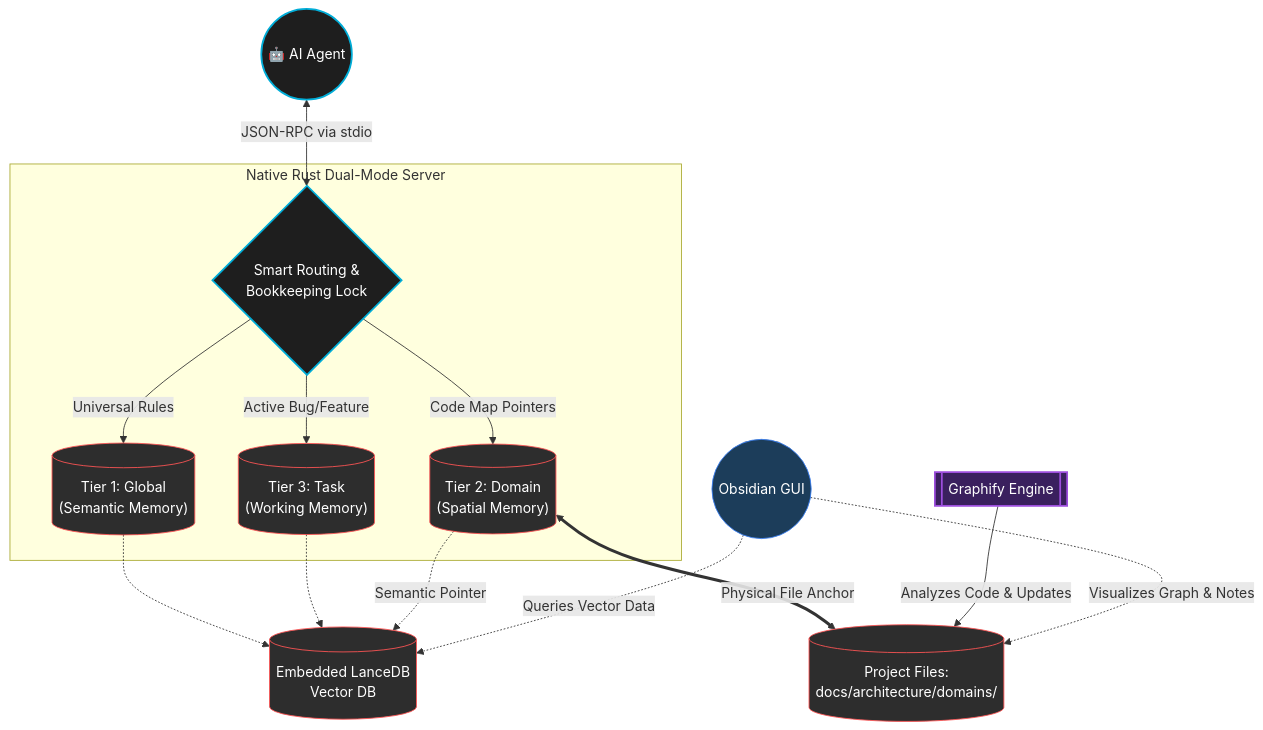
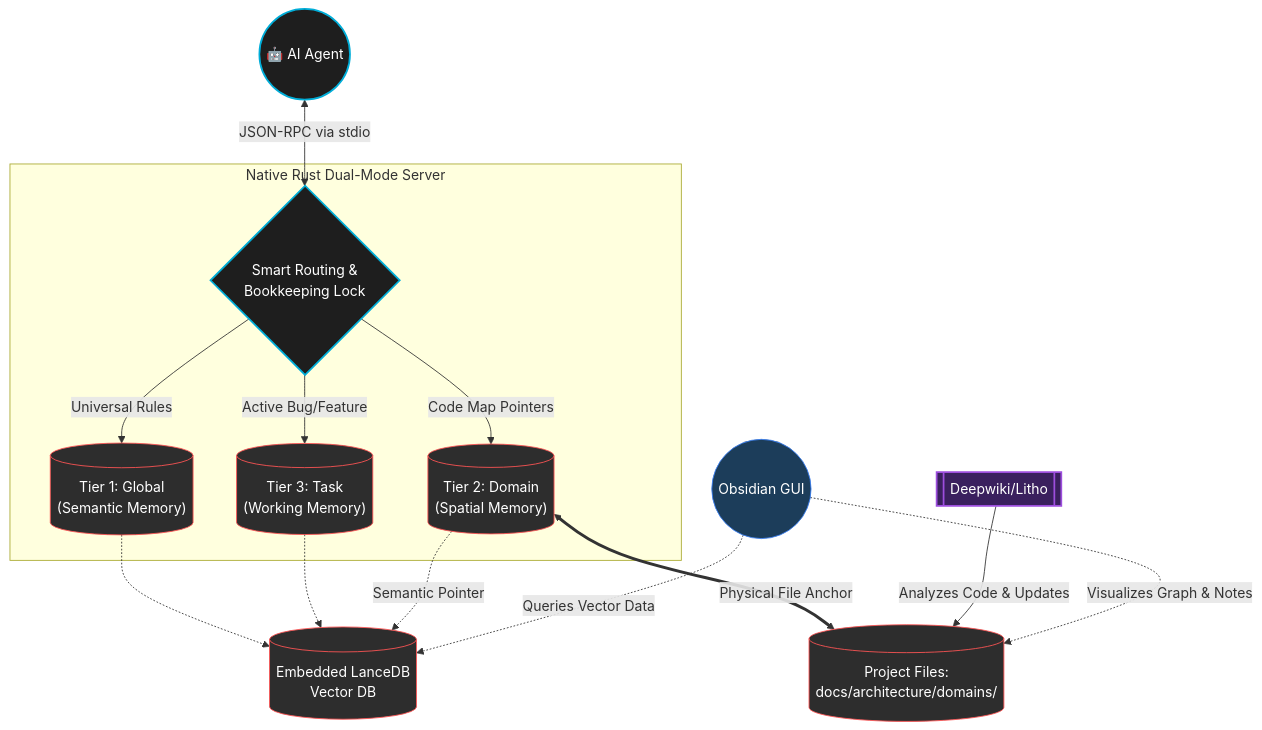
The diagram in README.md (Cognilogical/NeuroStrata), drawn with Mermaid before and after one commit. The commit also changed other lines of this file and 1 other file, not shown here.

````diff
--- a/README.md
+++ b/README.md
@@ -69,42 +73,42 @@
 ```mermaid
 graph TD
     Agent((🤖 AI Agent))
     
     subgraph NeuroStrataServer [Native Rust Dual-Mode Server]
         Router{Smart Routing &<br/>Bookkeeping Lock}
         
         Tier1[("Tier 1: Global<br/>(Semantic Memory)")]
         Tier2[("Tier 2: Domain<br/>(Spatial Memory)")]
         Tier3[("Tier 3: Task<br/>(Working Memory)")]
     end
     
     LanceDB[(Embedded LanceDB<br/>Vector DB)]
     PointerWiki[(Project Files:<br/>docs/architecture/domains/)]
     Obsidian((Obsidian GUI))
-    Graphify[[Graphify Engine]]
+    Deepwiki[[Deepwiki/Litho]]
     
     Agent <-->|JSON-RPC via stdio| Router
     Router -->|Universal Rules| Tier1
     Router -->|Code Map Pointers| Tier2
     Router -->|Active Bug/Feature| Tier3
     
     Tier1 -.-> LanceDB
     Tier3 -.-> LanceDB
     Tier2 -.->|Semantic Pointer| LanceDB
     Tier2 <==>|Physical File Anchor| PointerWiki
     
-    Graphify -->|Analyzes Code & Updates| PointerWiki
+    Deepwiki -->|Analyzes Code & Updates| PointerWiki
     
     Obsidian -.->|Visualizes Graph & Notes| PointerWiki
     Obsidian -.->|Queries Vector Data| LanceDB
 
     classDef core fill:#1e1e1e,stroke:#00ADD8,stroke-width:2px,color:#fff;
     classDef memory fill:#2d2d2d,stroke:#ff5555,stroke-width:1px,color:#fff;
     classDef engine fill:#3a205e,stroke:#9d4edd,stroke-width:2px,color:#fff;
     classDef tool fill:#1c3d5a,stroke:#3b82f6,stroke-width:1px,color:#fff;
     
     class Agent,Router core;
     class Tier1,Tier2,Tier3,LanceDB,PointerWiki memory;
-    class Graphify engine;
+    class Deepwiki engine;
     class Obsidian tool;
 ```
````
